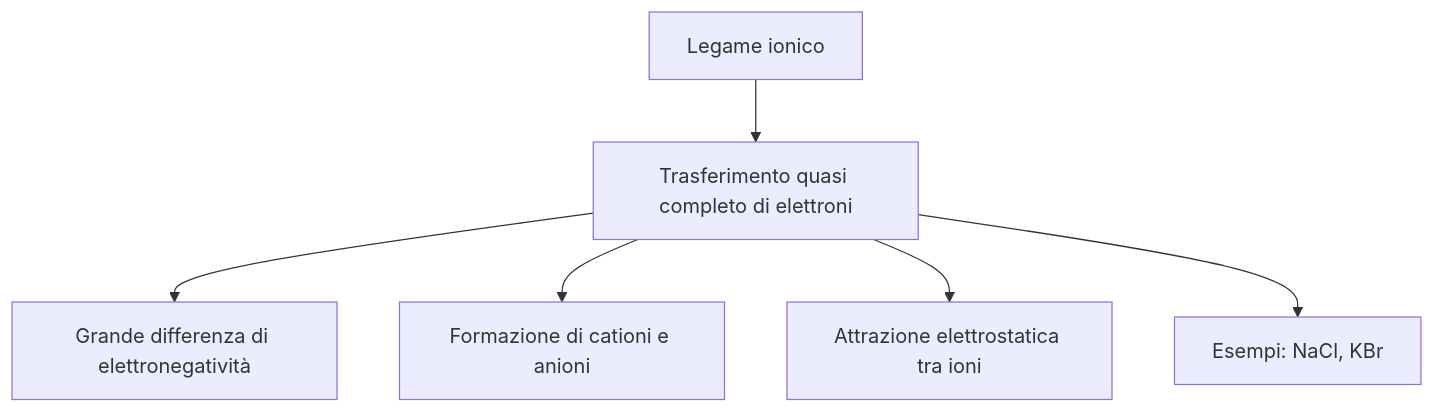
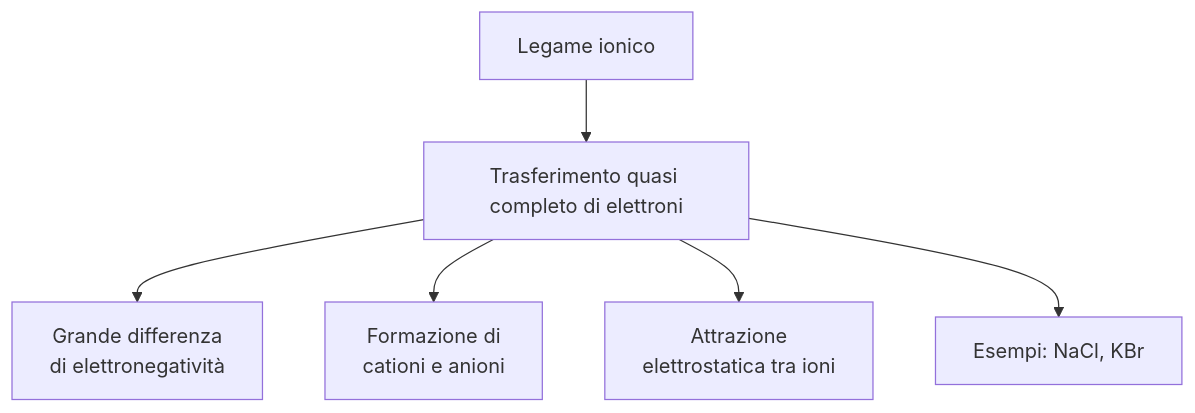
Before and after one commit to didattica/CodeCompendium: the sixth of 8 diagrams in Chimica/05-mappa-concettuale.md, drawn with Mermaid. The commit also changed other lines of this file, not shown here.

````diff
--- a/Chimica/05-mappa-concettuale.md
+++ b/Chimica/05-mappa-concettuale.md
@@ -93,8 +93,8 @@
 ```mermaid
 flowchart TD
     A[Legame ionico] --> B[Trasferimento quasi completo di elettroni]
-    B --> C[Grande differenza di elettronegatività]
-    B --> D[Formazione di cationi e anioni]
-    B --> E[Attrazione elettrostatica tra ioni]
+    B --> C[Grande differenza <br>di elettronegatività]
+    B --> D[Formazione di <br>cationi e anioni]
+    B --> E[Attrazione <br>elettrostatica tra ioni]
     B --> F[Esempi: NaCl, KBr]
 ```
````
